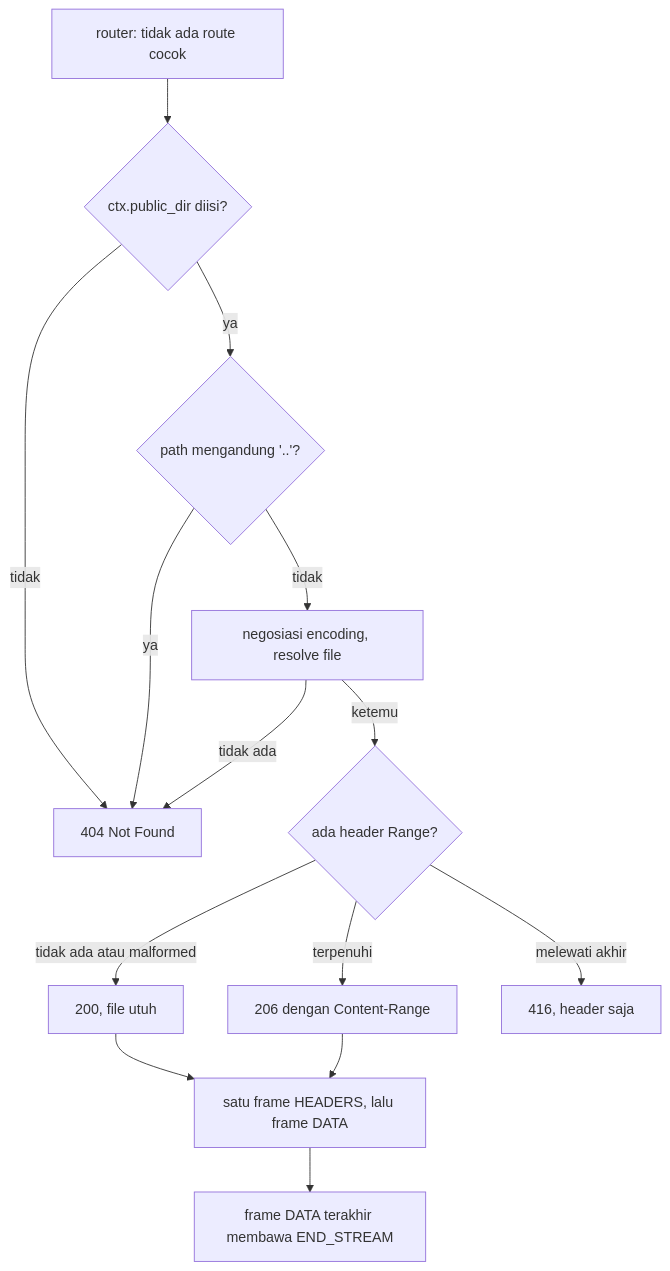
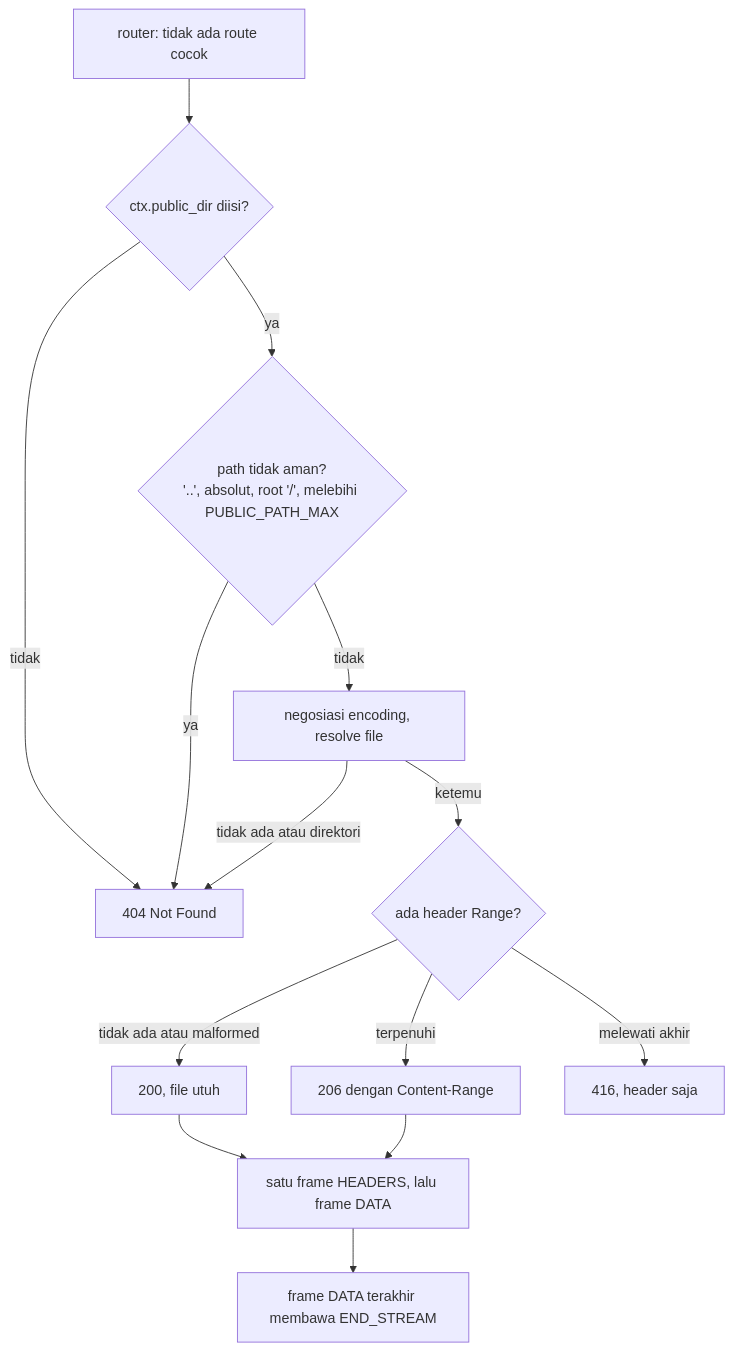
Before and after one commit to prothegee/zix: the fourth of 5 diagrams in docs/hld-http2-id.md, drawn with Mermaid. The commit also changed other lines of this file, not shown here.

First line of the commit message:
update the HTTP/2 hld for the static path

````diff
--- a/docs/hld-http2-id.md
+++ b/docs/hld-http2-id.md
@@ -237,16 +238,16 @@
 ```mermaid
 flowchart TD
     A["router: tidak ada route cocok"] --> B{"ctx.public_dir diisi?"}
     B -->|tidak| Z["404 Not Found"]
-    B -->|ya| C{"path mengandung '..'?"}
+    B -->|ya| C{"path tidak aman?\n'..', absolut, root '/', melebihi PUBLIC_PATH_MAX"}
     C -->|ya| Z
     C -->|tidak| D["negosiasi encoding, resolve file"]
-    D -->|tidak ada| Z
+    D -->|tidak ada atau direktori| Z
     D -->|ketemu| E{"ada header Range?"}
     E -->|tidak ada atau malformed| F["200, file utuh"]
     E -->|terpenuhi| G["206 dengan Content-Range"]
     E -->|melewati akhir| H["416, header saja"]
     F --> I["satu frame HEADERS, lalu frame DATA"]
     G --> I
     I --> J["frame DATA terakhir membawa END_STREAM"]
 ```
````
